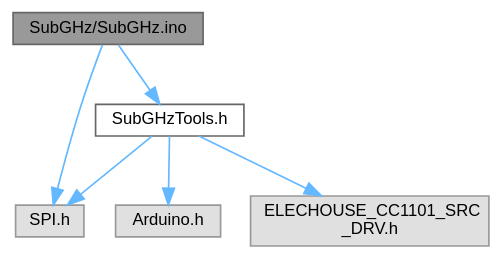
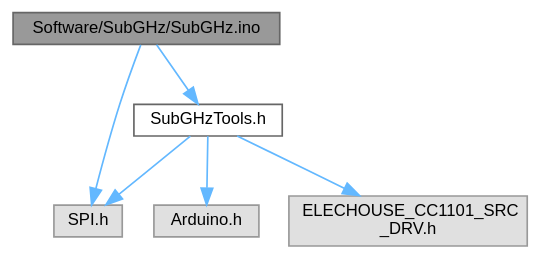
Before and after one commit to Jonathan-0101/skeletonKey: the diagram in SubGHz_8ino__incl.dot, drawn with Graphviz. The commit also changed 57 other files, not shown here.

```diff
--- a/SubGHz_8ino__incl.dot
+++ b/SubGHz_8ino__incl.dot
@@ -1,17 +1,17 @@
-digraph "SubGHz/SubGHz.ino"
+digraph "Software/SubGHz/SubGHz.ino"
 {
  // LATEX_PDF_SIZE
   bgcolor="transparent";
   edge [fontname=Helvetica,fontsize=10,labelfontname=Helvetica,labelfontsize=10];
   node [fontname=Helvetica,fontsize=10,shape=box,height=0.2,width=0.4];
-  Node1 [id="Node000001",label="SubGHz/SubGHz.ino",height=0.2,width=0.4,color="gray40", fillcolor="grey60", style="filled", fontcolor="black",tooltip="Test program for Sub-GHz attack tools."];
+  Node1 [id="Node000001",label="Software/SubGHz/SubGHz.ino",height=0.2,width=0.4,color="gray40", fillcolor="grey60", style="filled", fontcolor="black",tooltip="Test program for Sub-GHz attack tools."];
   Node1 -> Node2 [id="edge1_Node000001_Node000002",color="steelblue1",style="solid",tooltip=" "];
   Node2 [id="Node000002",label="SPI.h",height=0.2,width=0.4,color="grey60", fillcolor="#E0E0E0", style="filled",tooltip=" "];
   Node1 -> Node3 [id="edge2_Node000001_Node000003",color="steelblue1",style="solid",tooltip=" "];
   Node3 [id="Node000003",label="SubGHzTools.h",height=0.2,width=0.4,color="grey40", fillcolor="white", style="filled",URL="$SubGHz_2SubGHzTools_8h.html",tooltip="Library for Sub-GHz attack tools."];
   Node3 -> Node4 [id="edge3_Node000003_Node000004",color="steelblue1",style="solid",tooltip=" "];
   Node4 [id="Node000004",label="Arduino.h",height=0.2,width=0.4,color="grey60", fillcolor="#E0E0E0", style="filled",tooltip=" "];
   Node3 -> Node5 [id="edge4_Node000003_Node000005",color="steelblue1",style="solid",tooltip=" "];
   Node5 [id="Node000005",label="ELECHOUSE_CC1101_SRC\l_DRV.h",height=0.2,width=0.4,color="grey60", fillcolor="#E0E0E0", style="filled",tooltip=" "];
   Node3 -> Node2 [id="edge5_Node000003_Node000002",color="steelblue1",style="solid",tooltip=" "];
 }
```
